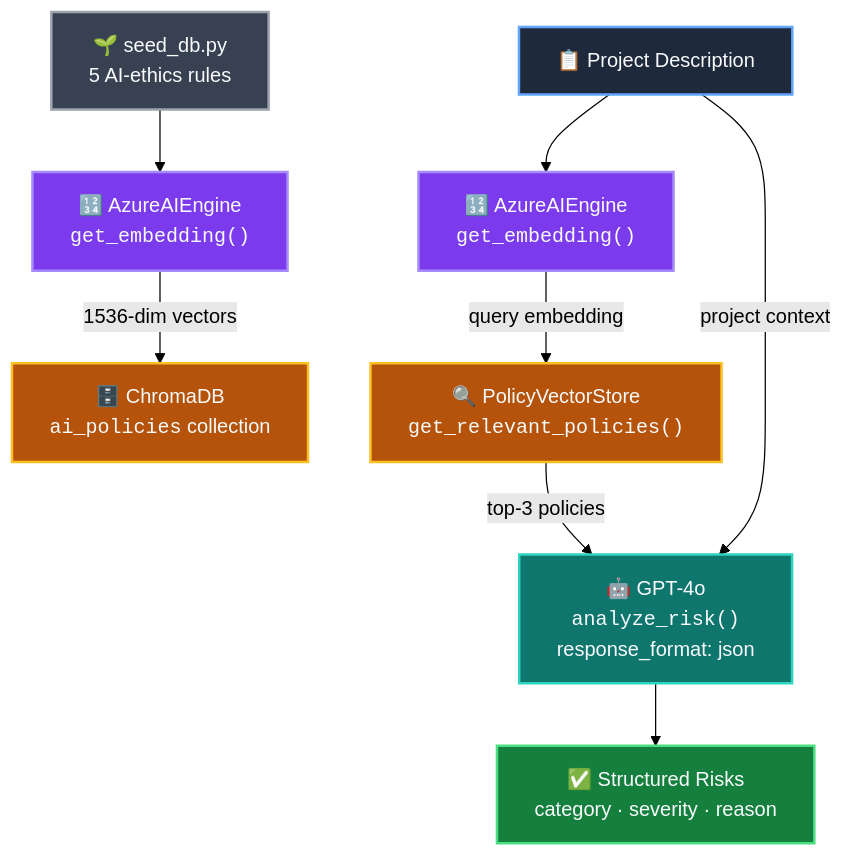
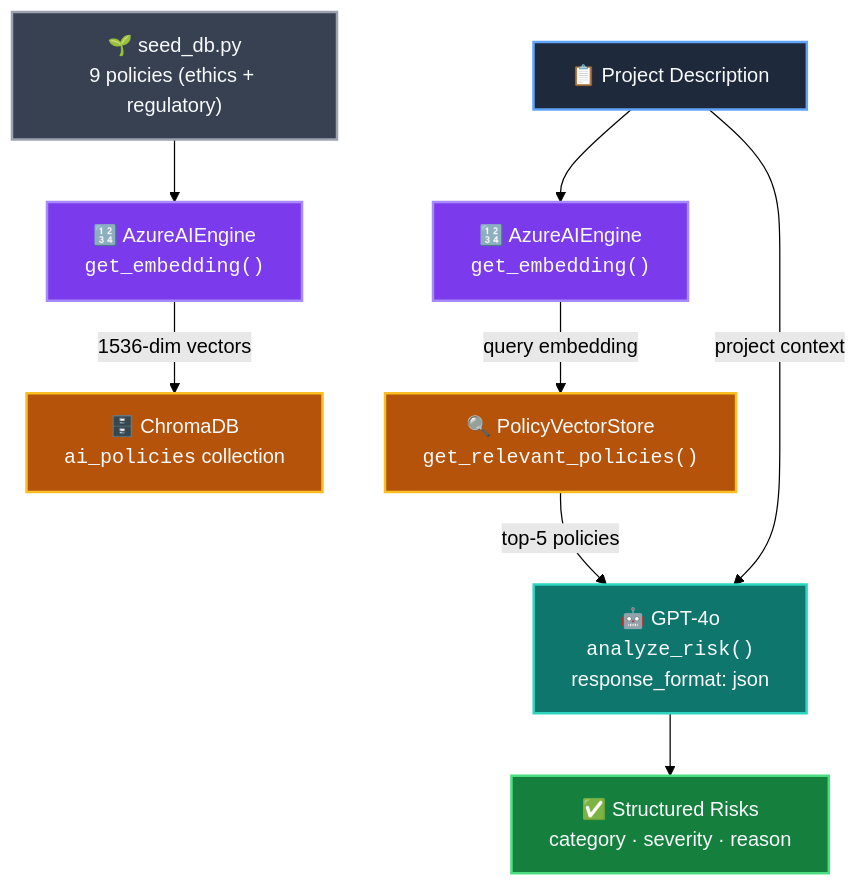
One commit to Nits02/aerae-accelerator changed the third of 6 diagrams in README.md. Above: the diagram before and after it, drawn with Mermaid (forest theme). The commit also changed other lines of this file and 12 other files, not shown here.

````diff
--- a/README.md
+++ b/README.md
@@ -171,28 +171,28 @@
 ```mermaid
 flowchart TD
     classDef clientStyle fill:#1e293b,stroke:#60a5fa,stroke-width:2px,color:#f8fafc
     classDef engineStyle fill:#7c3aed,stroke:#a78bfa,stroke-width:2px,color:#f8fafc
     classDef chromaStyle fill:#b45309,stroke:#fbbf24,stroke-width:2px,color:#f8fafc
     classDef gptStyle fill:#0f766e,stroke:#2dd4bf,stroke-width:2px,color:#f8fafc
     classDef successStyle fill:#15803d,stroke:#4ade80,stroke-width:2px,color:#f8fafc
     classDef seedStyle fill:#374151,stroke:#9ca3af,stroke-width:2px,color:#f8fafc
 
-    S["🌱 seed_db.py<br>5 AI-ethics rules"]:::seedStyle
+    S["🌱 seed_db.py<br>9 policies (ethics + regulatory)"]:::seedStyle
     E1["🔢 AzureAIEngine<br><code>get_embedding()</code>"]:::engineStyle
     C["🗄️ ChromaDB<br><code>ai_policies</code> collection"]:::chromaStyle
 
     S --> E1
     E1 -->|"1536-dim vectors"| C
 
     Q["📋 Project Description"]:::clientStyle
     E2["🔢 AzureAIEngine<br><code>get_embedding()</code>"]:::engineStyle
     R["🔍 PolicyVectorStore<br><code>get_relevant_policies()</code>"]:::chromaStyle
     G["🤖 GPT-4o<br><code>analyze_risk()</code><br>response_format: json"]:::gptStyle
     O2["✅ Structured Risks<br>category · severity · reason"]:::successStyle
 
     Q --> E2
     E2 -->|"query embedding"| R
-    R -->|"top-3 policies"| G
+    R -->|"top-5 policies"| G
     Q -->|"project context"| G
     G --> O2
 ```
````
